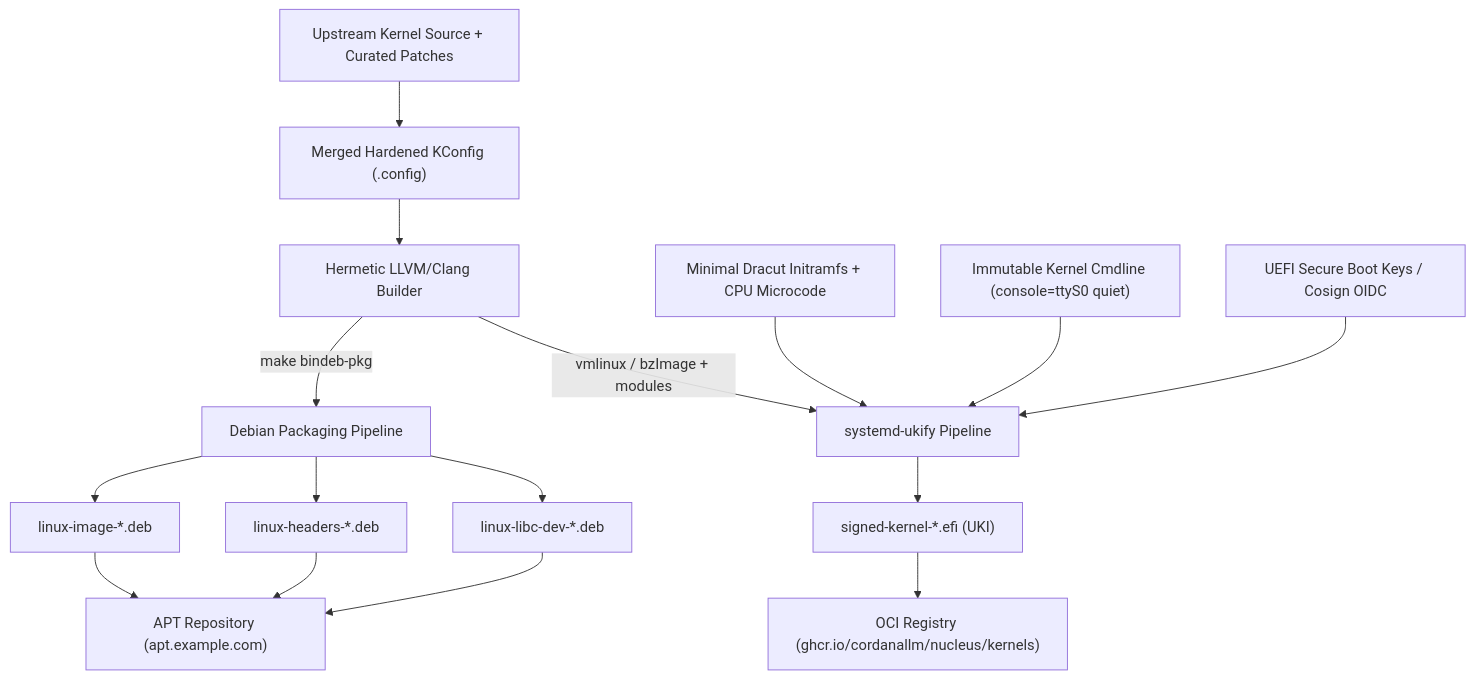
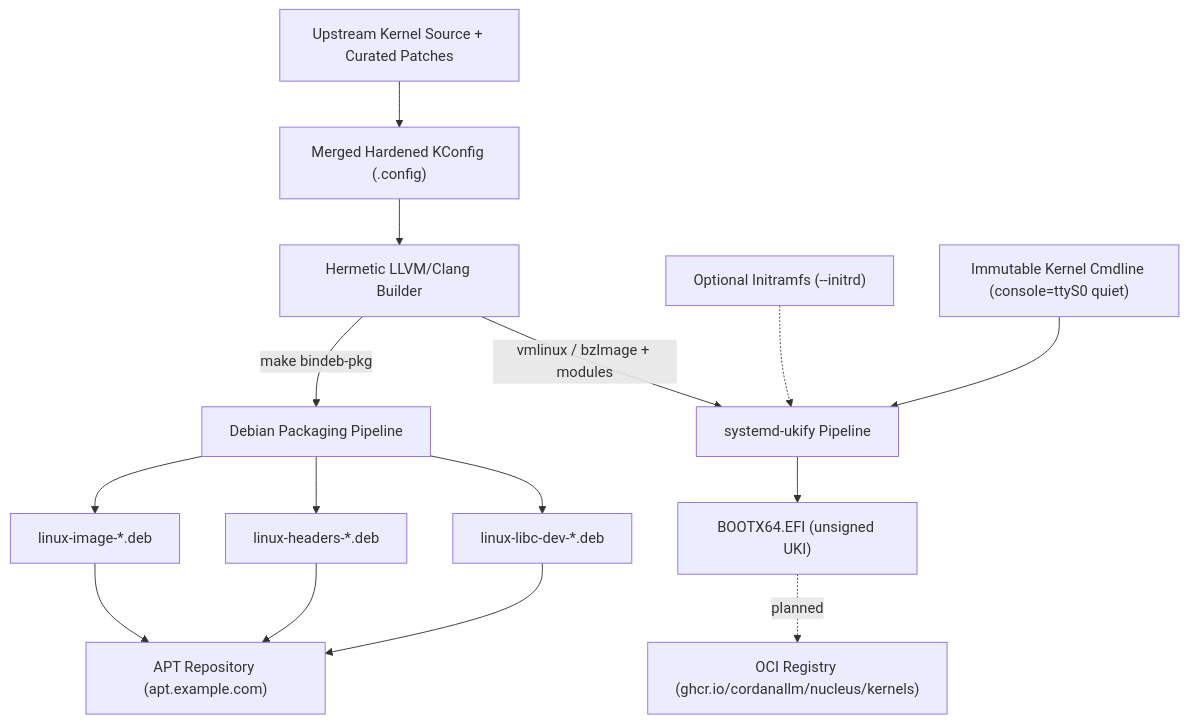
Before and after one commit to cordanaLLM/nucleus: the diagram in docs/packaging.md, drawn with Mermaid. The commit also changed other lines of this file and 10 other files, not shown here.

````diff
--- a/docs/packaging.md
+++ b/docs/packaging.md
@@ -21,23 +21,22 @@
 ```mermaid
 flowchart TD
     SRC["Upstream Kernel Source + Curated Patches"] --> KCONF["Merged Hardened KConfig (.config)"]
     KCONF --> BUILD["Hermetic LLVM/Clang Builder"]
 
     BUILD -->|"make bindeb-pkg"| DEB_STAGE["Debian Packaging Pipeline"]
     DEB_STAGE --> DEB_IMG["linux-image-*.deb"]
     DEB_STAGE --> DEB_HDR["linux-headers-*.deb"]
     DEB_STAGE --> DEB_DEV["linux-libc-dev-*.deb"]
 
     BUILD -->|"vmlinux / bzImage + modules"| UKI_STAGE["systemd-ukify Pipeline"]
-    INITRD["Minimal Dracut Initramfs + CPU Microcode"] --> UKI_STAGE
+    INITRD["Optional Initramfs (--initrd)"] -.-> UKI_STAGE
     CMDLINE["Immutable Kernel Cmdline (console=ttyS0 quiet)"] --> UKI_STAGE
-    CERT["UEFI Secure Boot Keys / Cosign OIDC"] --> UKI_STAGE
 
-    UKI_STAGE --> UKI_BIN["signed-kernel-*.efi (UKI)"]
+    UKI_STAGE --> UKI_BIN["BOOTX64.EFI (unsigned UKI)"]
 
     DEB_IMG --> APT_REPO["APT Repository (apt.example.com)"]
     DEB_HDR --> APT_REPO
     DEB_DEV --> APT_REPO
 
-    UKI_BIN --> OCI_REG["OCI Registry (ghcr.io/cordanallm/nucleus/kernels)"]
+    UKI_BIN -.->|"planned"| OCI_REG["OCI Registry (ghcr.io/cordanallm/nucleus/kernels)"]
 ```
````
